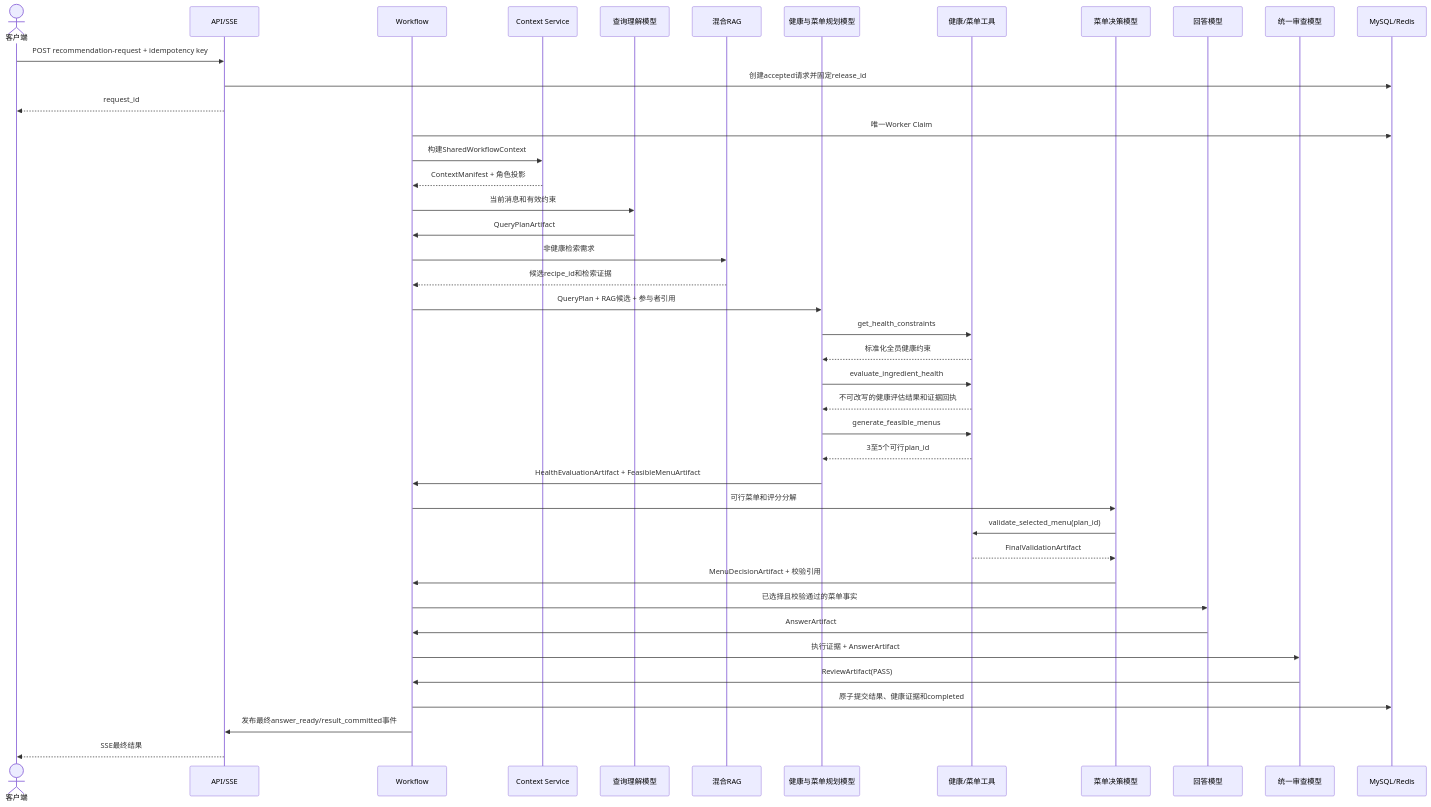
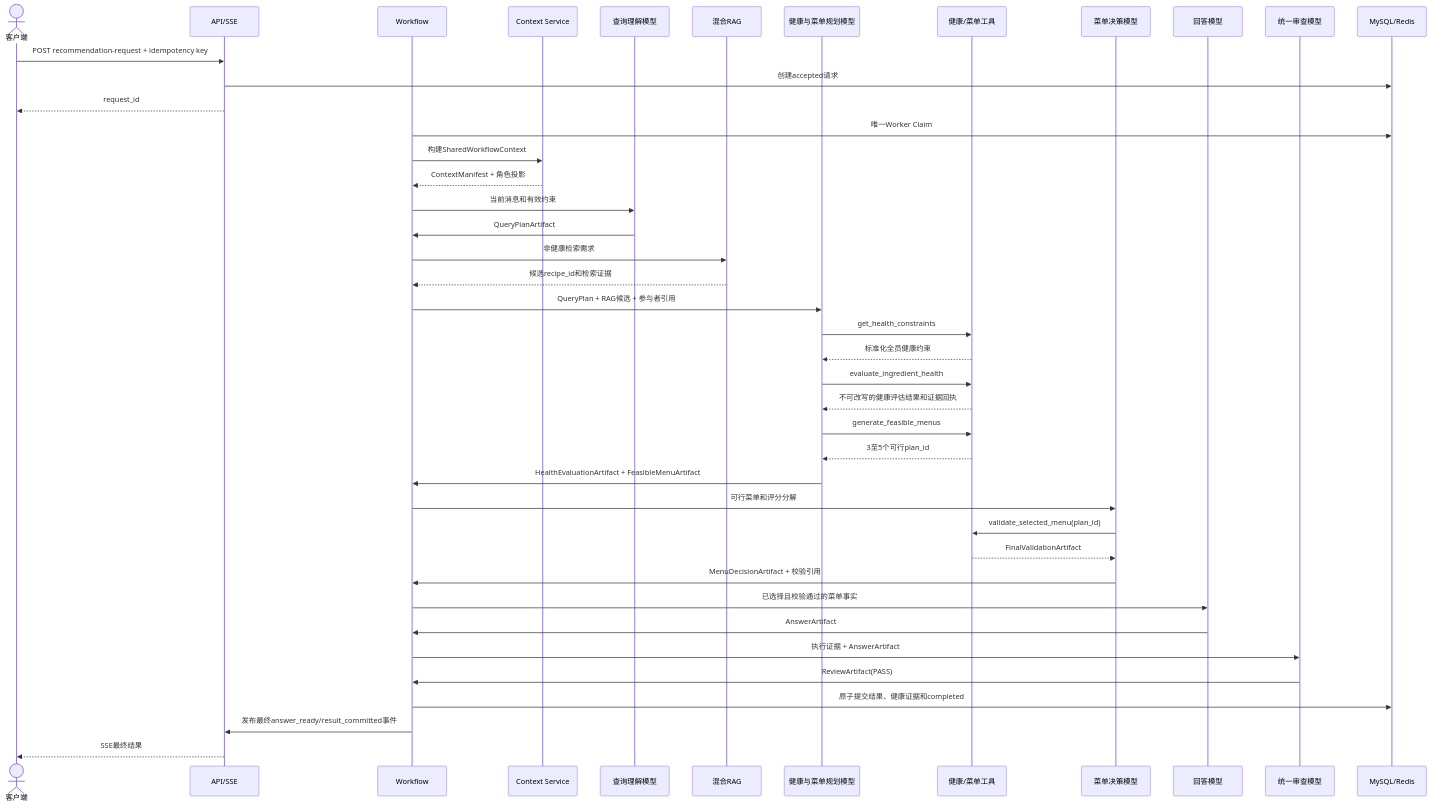
One commit to 819-Aa/FangTai changed the second of 3 diagrams in docs/scenarios/recommendation-lifecycle.md. Above: the diagram before and after it, drawn with Mermaid. The commit also changed other lines of this file and 10 other files, not shown here.

Commit message:
docs(data): define fixed-input processing architecture

````diff
--- a/docs/scenarios/recommendation-lifecycle.md
+++ b/docs/scenarios/recommendation-lifecycle.md
@@ -37,45 +37,45 @@
 ```mermaid
 sequenceDiagram
     actor Client as 客户端
     participant API as API/SSE
     participant WF as Workflow
     participant CTX as Context Service
     participant Q as 查询理解模型
     participant RAG as 混合RAG
     participant HP as 健康与菜单规划模型
     participant HT as 健康/菜单工具
     participant MD as 菜单决策模型
     participant ANS as 回答模型
     participant REV as 统一审查模型
     participant DB as MySQL/Redis
 
     Client->>API: POST recommendation-request + idempotency key
-    API->>DB: 创建accepted请求并固定release_id
+    API->>DB: 创建accepted请求
     API-->>Client: request_id
     WF->>DB: 唯一Worker Claim
     WF->>CTX: 构建SharedWorkflowContext
     CTX-->>WF: ContextManifest + 角色投影
     WF->>Q: 当前消息和有效约束
     Q->>WF: QueryPlanArtifact
     WF->>RAG: 非健康检索需求
     RAG-->>WF: 候选recipe_id和检索证据
     WF->>HP: QueryPlan + RAG候选 + 参与者引用
     HP->>HT: get_health_constraints
     HT-->>HP: 标准化全员健康约束
     HP->>HT: evaluate_ingredient_health
     HT-->>HP: 不可改写的健康评估结果和证据回执
     HP->>HT: generate_feasible_menus
     HT-->>HP: 3至5个可行plan_id
     HP->>WF: HealthEvaluationArtifact + FeasibleMenuArtifact
     WF->>MD: 可行菜单和评分分解
     MD->>HT: validate_selected_menu(plan_id)
     HT-->>MD: FinalValidationArtifact
     MD->>WF: MenuDecisionArtifact + 校验引用
     WF->>ANS: 已选择且校验通过的菜单事实
     ANS->>WF: AnswerArtifact
     WF->>REV: 执行证据 + AnswerArtifact
     REV->>WF: ReviewArtifact(PASS)
     WF->>DB: 原子提交结果、健康证据和completed
     WF->>API: 发布最终answer_ready/result_committed事件
     API-->>Client: SSE最终结果
 ```
````
